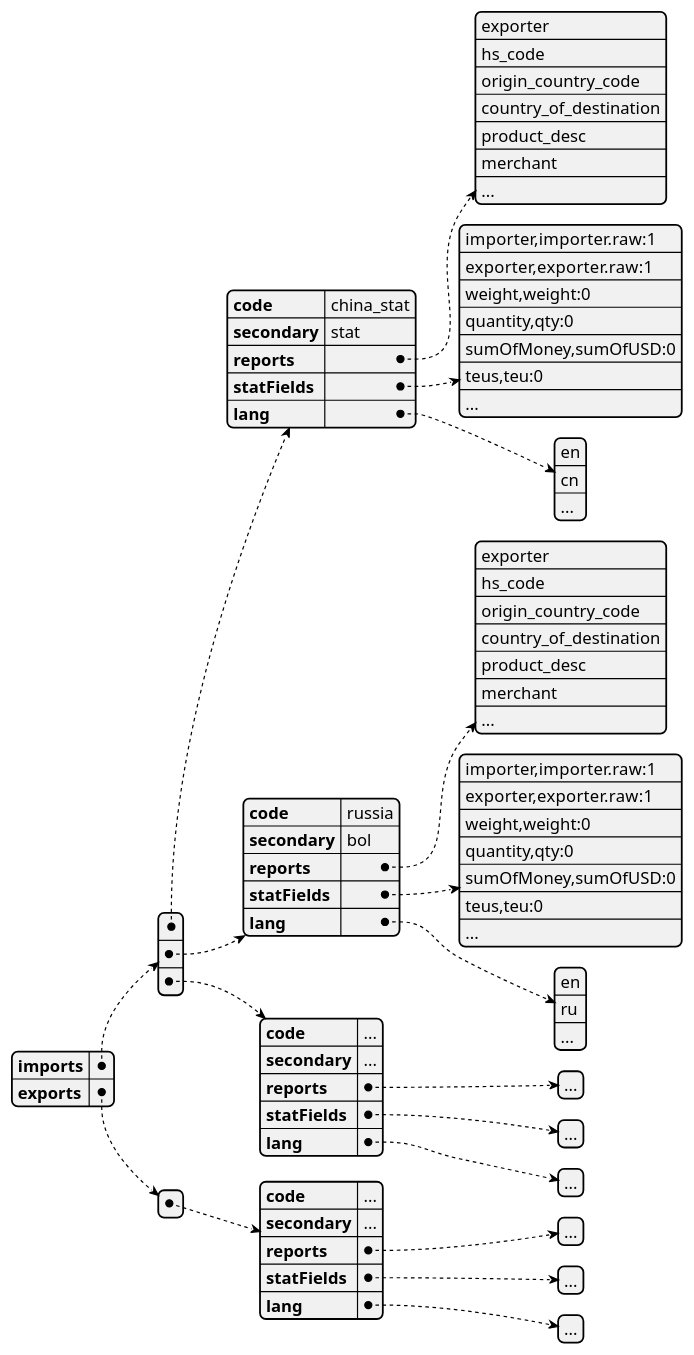
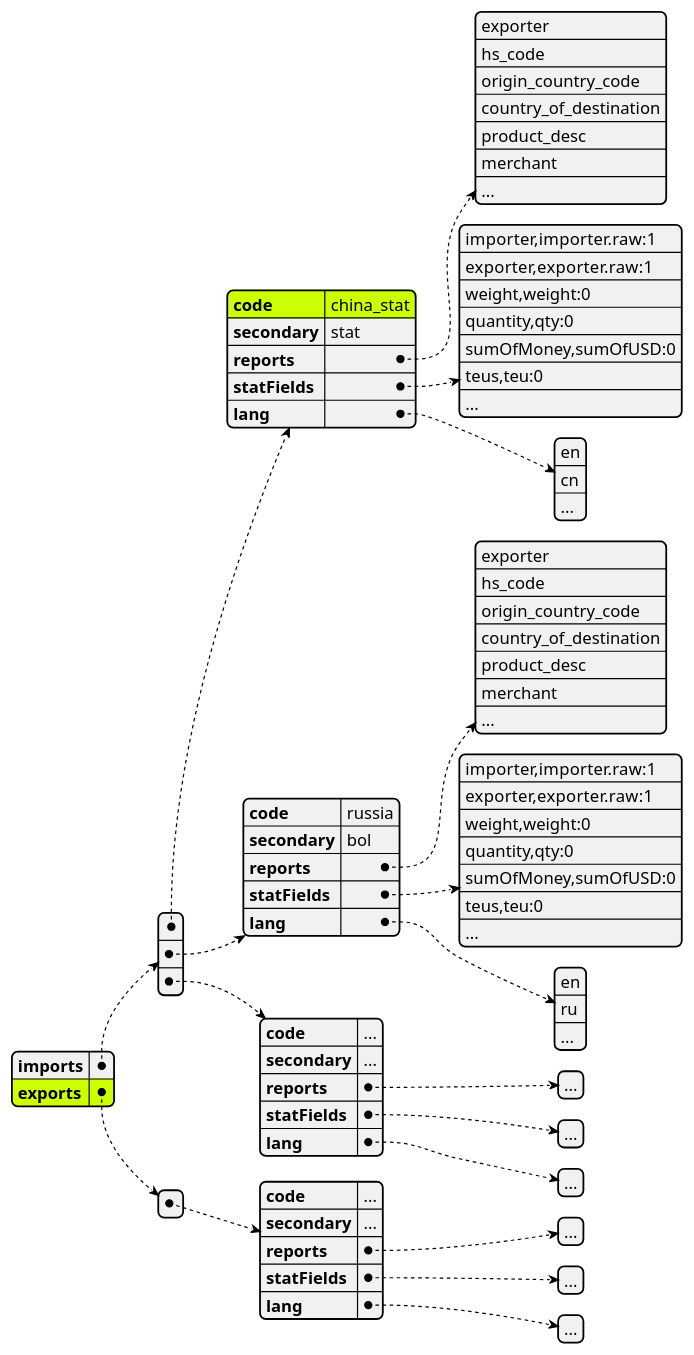
Before and after one commit to lwpk110/tendata-assets: the diagram in plantuml/tradec/ds_config.puml, drawn with PlantUML. The commit also changed 1 other file, not shown here.

```diff
--- a/plantuml/tradec/ds_config.puml
+++ b/plantuml/tradec/ds_config.puml
@@ -1,76 +1,77 @@
 @startjson
-#highlight "catagorey"
+#highlight "imports" / "0" / "code" 
+#highlight "exports"
 ' #highlight "address" / "city"
 ' #highlight "phoneNumbers" / "0" / "number"
 {
 	"imports": [{
 			"code": "china_stat",
 			"secondary": "stat",
 			"reports": [
 				"exporter",
 				"hs_code",
 				"origin_country_code",
 				"country_of_destination",
 				"product_desc",
 				"merchant",
 				"..."
 			],
 			"statFields": [
 				"importer,importer.raw:1",
 				"exporter,exporter.raw:1",
 				"weight,weight:0",
 				"quantity,qty:0",
 				"sumOfMoney,sumOfUSD:0",
 				"teus,teu:0",
 				"..."
 			],
 			"lang": [
 				"en",
 				"cn",
 				"..."
 			]
 		},
 		{
 			"code": "russia",
 			"secondary": "bol",
 			"reports": [
 				"exporter",
 				"hs_code",
 				"origin_country_code",
 				"country_of_destination",
 				"product_desc",
 				"merchant",
 				"..."
 			],
 			"statFields": [
 				"importer,importer.raw:1",
 				"exporter,exporter.raw:1",
 				"weight,weight:0",
 				"quantity,qty:0",
 				"sumOfMoney,sumOfUSD:0",
 				"teus,teu:0",
 				"..."
 			],
 			"lang": [
 				"en",
 				"ru",
 				"..."
 			]
 		},
 		{
 			"code": "...",
 			"secondary": "...",
 			"reports": ["..."],
 			"statFields": ["..."],
 			"lang": ["..."]
 		}
 	],
 	"exports": [{
 		"code": "...",
 		"secondary": "...",
 		"reports": ["..."],
 		"statFields": ["..."],
 		"lang": ["..."]
 	}]
 }
 @endjson
```
